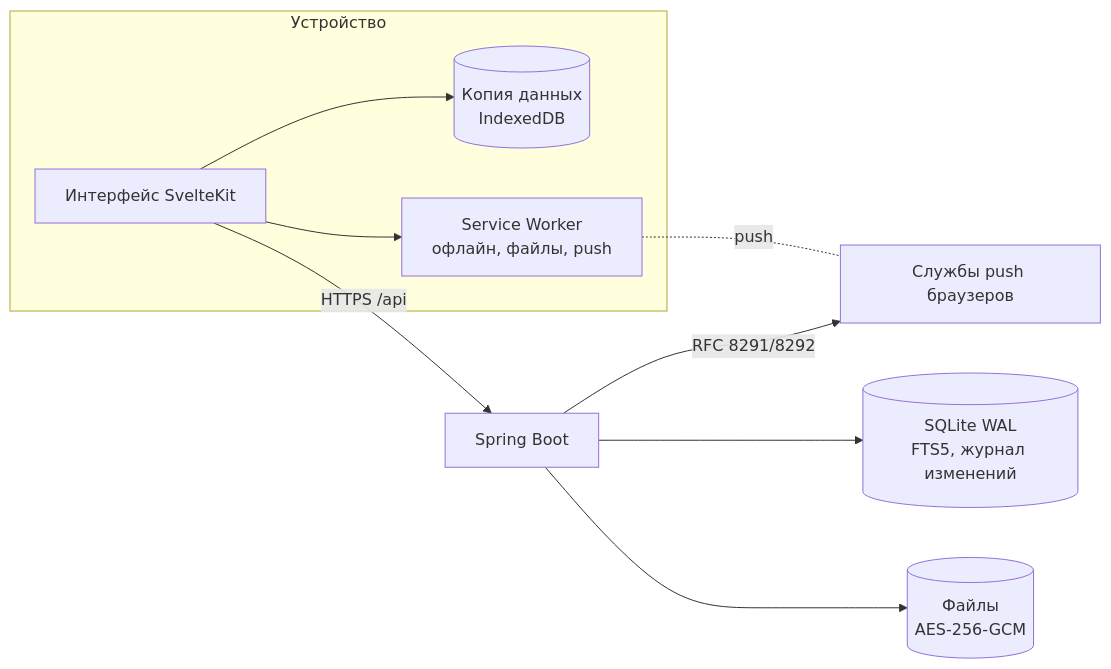
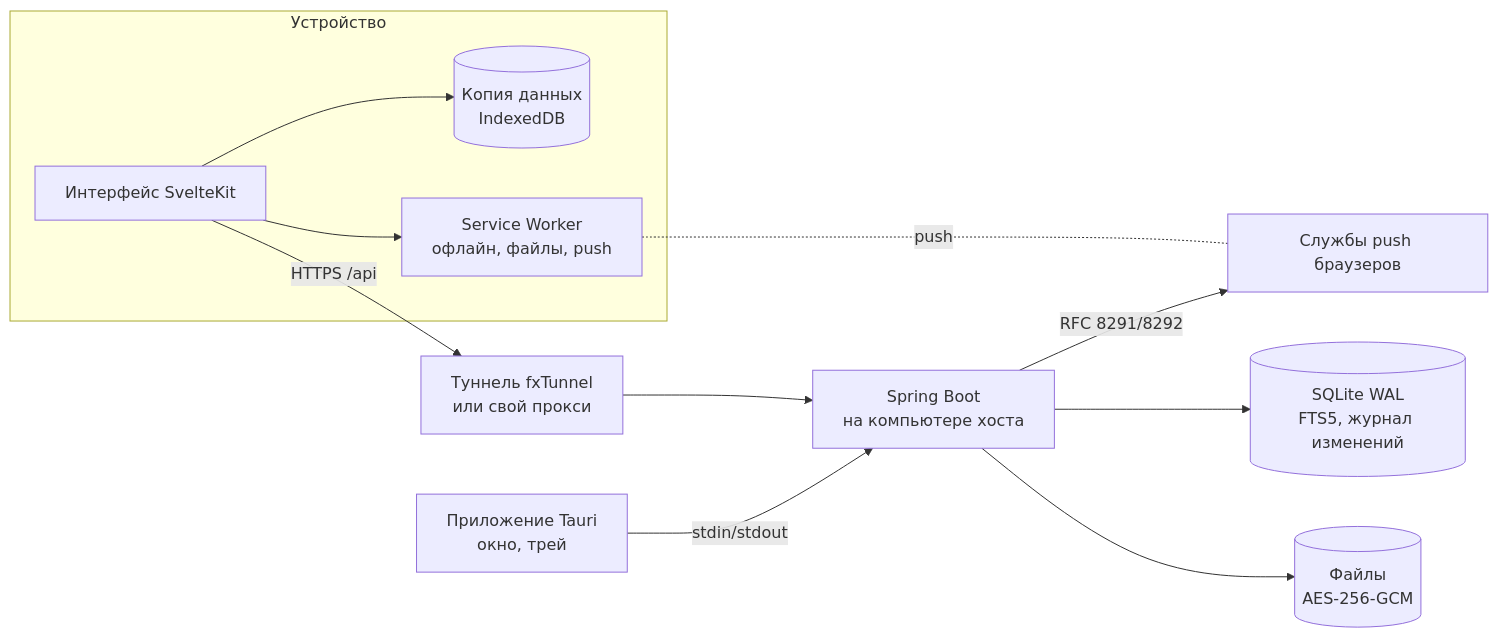
Before and after one commit to mitaro-cs/StorageSystem: the diagram in README.md, drawn with Mermaid. The commit also changed other lines of this file and 45 other files, not shown here.

First line of the commit message:
feat: приложение хоста для macOS и Windows (Tauri) и выпуск установщиков

````diff
--- a/README.md
+++ b/README.md
@@ -172,12 +236,14 @@
 ```mermaid
 flowchart LR
   subgraph Устройство
     UI[Интерфейс SvelteKit] --> IDB[(Копия данных<br/>IndexedDB)]
     UI --> SW[Service Worker<br/>офлайн, файлы, push]
   end
-  UI -- HTTPS /api --> API[Spring Boot]
+  UI -- HTTPS /api --> TUN[Туннель fxTunnel<br/>или свой прокси]
+  TUN --> API[Spring Boot<br/>на компьютере хоста]
+  SHELL[Приложение Tauri<br/>окно, трей] -- stdin/stdout --> API
   SW -. push .- PUSH[Службы push браузеров]
   API --> DB[(SQLite WAL<br/>FTS5, журнал изменений)]
   API --> FILES[(Файлы<br/>AES-256-GCM)]
   API -- RFC 8291/8292 --> PUSH
 ```
````
